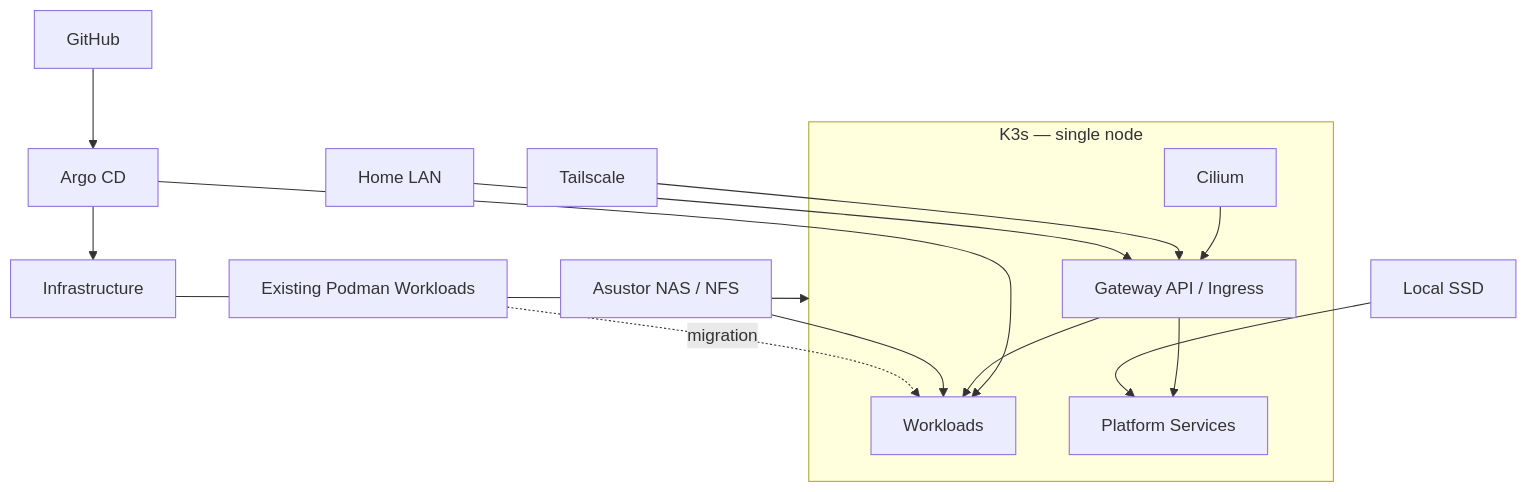
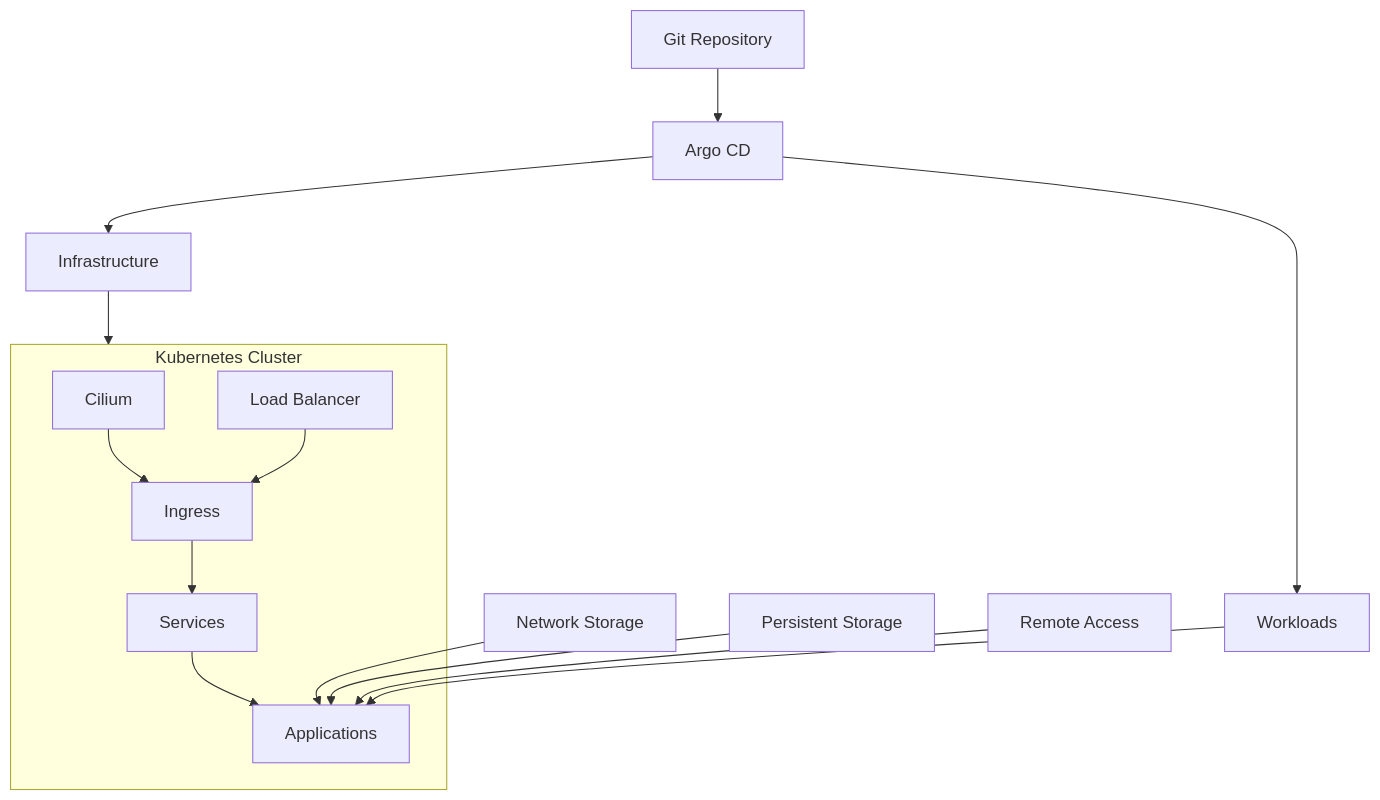
The diagram in README.md (shatadru/homelab), drawn with Mermaid before and after one commit. The commit also changed other lines of this file, not shown here.

````diff
--- a/README.md
+++ b/README.md
@@ -10,24 +10,23 @@
 ```mermaid
 graph TD
-    G[GitHub] --> A[Argo CD]
+    G[Git Repository] --> A[Argo CD]
     A --> I[Infrastructure]
     A --> W[Workloads]
 
-    subgraph K[K3s — single node]
+    subgraph K[Kubernetes Cluster]
         C[Cilium]
-        GW[Gateway API / Ingress]
-        P[Platform Services]
-        C --> GW
-        GW --> P
-        GW --> W
+        LB[Load Balancer]
+        T[Ingress]
+        S[Services]
+        P[Applications]
+        C --> T
+        LB --> T
+        T --> S --> P
     end
 
     I --> K
-
-    T[Tailscale] --> GW
-    L[Home LAN] --> GW
-    N[Asustor NAS / NFS] --> W
-    S[Local SSD] --> P
-
-    X[Existing Podman Workloads] -. migration .-> W
+    W --> P
+    N[Network Storage] --> P
+    D[Persistent Storage] --> P
+    R[Remote Access] --> P
 ```
````
